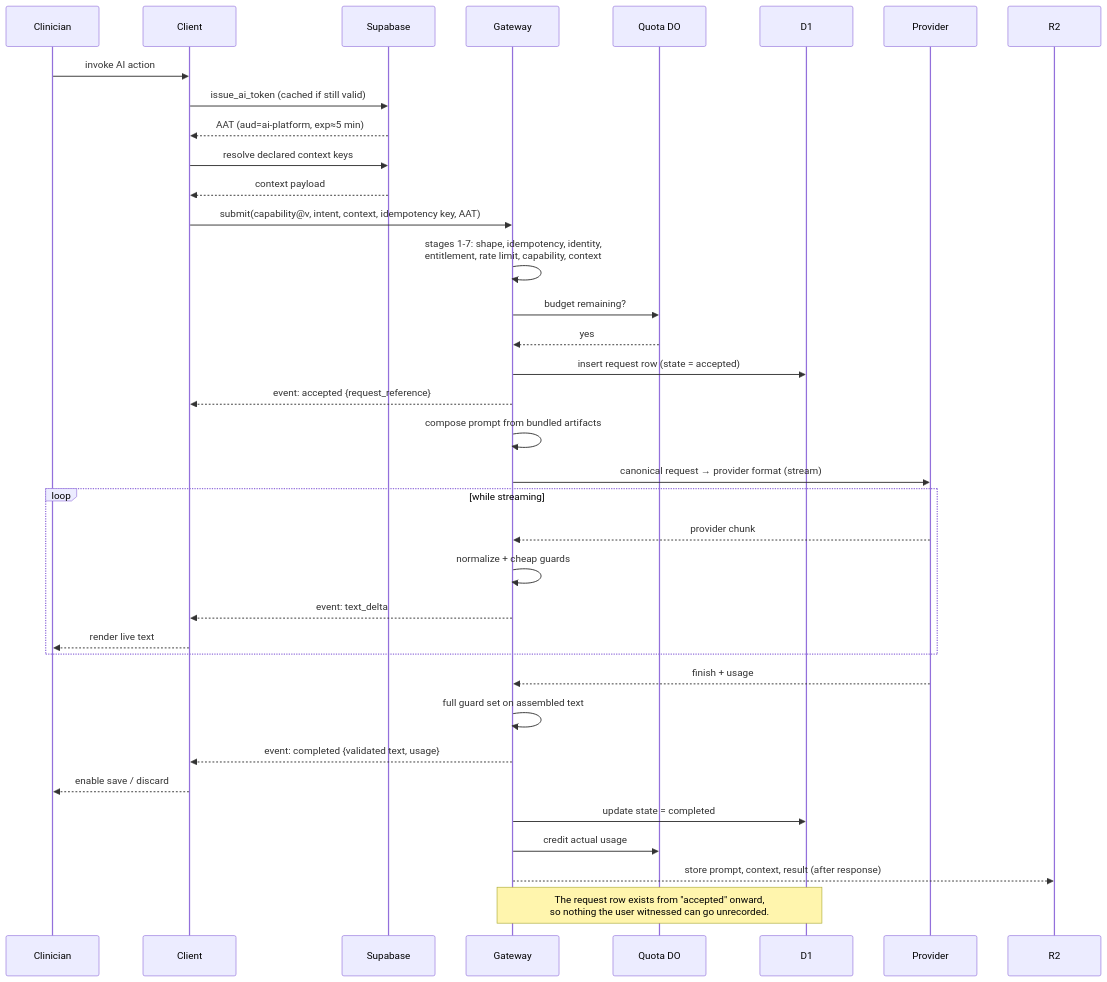
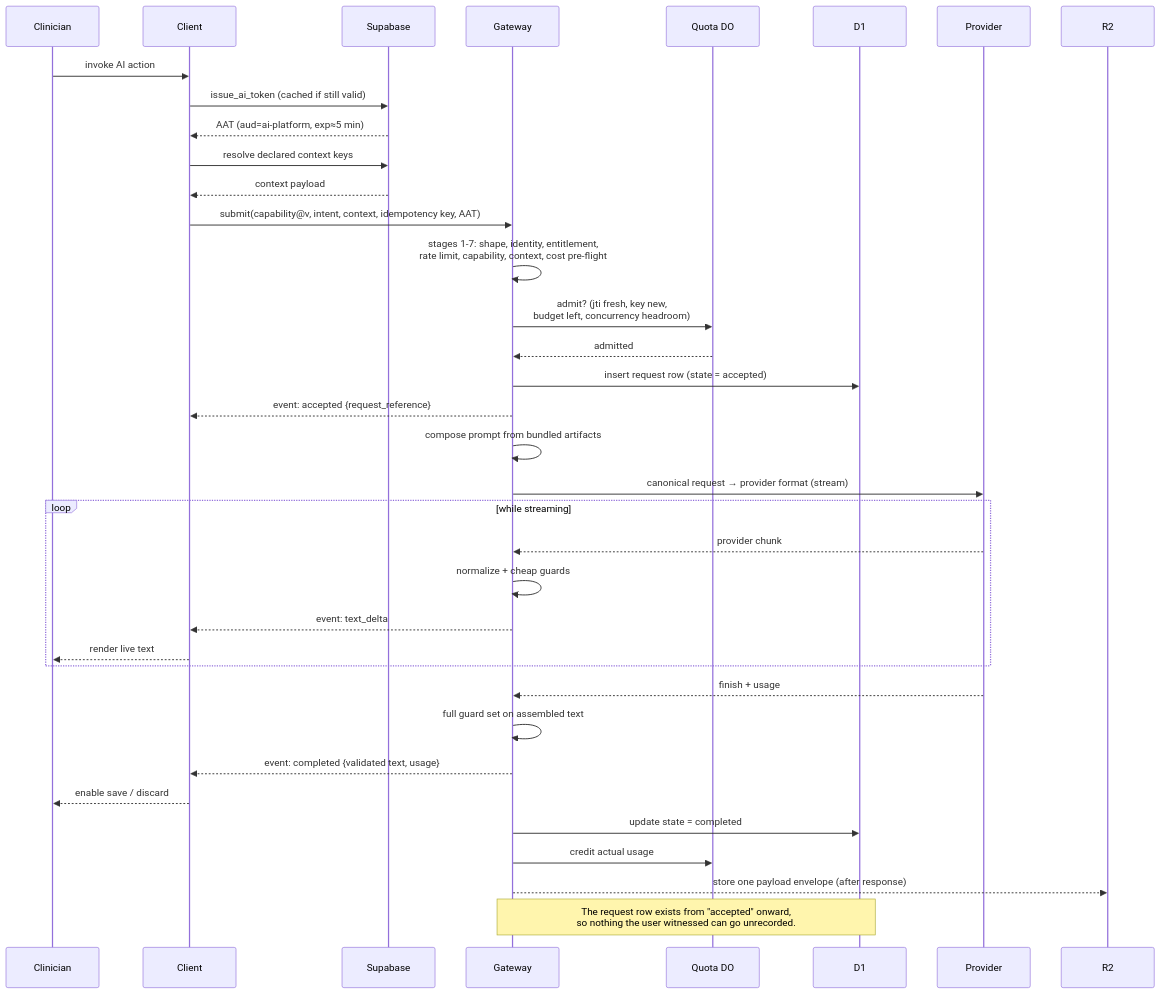
One commit to haythamosama95/AiClinic changed the eighth of 16 diagrams in docs/architecture/17-ai-platform.md. Above: the diagram before and after it, drawn with Mermaid. The commit also changed other lines of this file and 7 other files, not shown here.

Commit message:
Adding AI Platform Architectural Documents and Delivery Plan along with the speckit driving commands

````diff
--- a/docs/architecture/17-ai-platform.md
+++ b/docs/architecture/17-ai-platform.md
@@ -1380,41 +1730,41 @@
 ```mermaid
 sequenceDiagram
     participant U as Clinician
     participant C as Client
     participant SB as Supabase
     participant GW as Gateway
     participant QDO as Quota DO
     participant D1 as D1
     participant PRV as Provider
 
     U->>C: invoke AI action
     C->>SB: issue_ai_token (cached if still valid)
     SB-->>C: AAT (aud=ai-platform, exp≈5 min)
     C->>SB: resolve declared context keys
     SB-->>C: context payload
     C->>GW: submit(capability@v, intent, context, idempotency key, AAT)
 
-    GW->>GW: stages 1-7: shape, idempotency, identity,<br/>entitlement, rate limit, capability, context
-    GW->>QDO: budget remaining?
-    QDO-->>GW: yes
+    GW->>GW: stages 1-7: shape, identity, entitlement,<br/>rate limit, capability, context, cost pre-flight
+    GW->>QDO: admit? (jti fresh, key new,<br/>budget left, concurrency headroom)
+    QDO-->>GW: admitted
     GW->>D1: insert request row (state = accepted)
     GW-->>C: event: accepted {request_reference}
 
     GW->>GW: compose prompt from bundled artifacts
     GW->>PRV: canonical request → provider format (stream)
     loop while streaming
         PRV-->>GW: provider chunk
         GW->>GW: normalize + cheap guards
         GW-->>C: event: text_delta
         C-->>U: render live text
     end
     PRV-->>GW: finish + usage
     GW->>GW: full guard set on assembled text
     GW-->>C: event: completed {validated text, usage}
     C-->>U: enable save / discard
 
     GW->>D1: update state = completed
     GW->>QDO: credit actual usage
-    GW-->>R2: store prompt, context, result (after response)
+    GW-->>R2: store one payload envelope (after response)
     Note over GW,D1: The request row exists from "accepted" onward,<br/>so nothing the user witnessed can go unrecorded.
 ```
````
